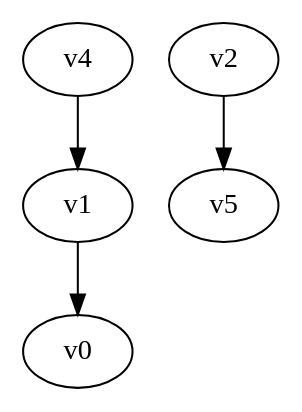
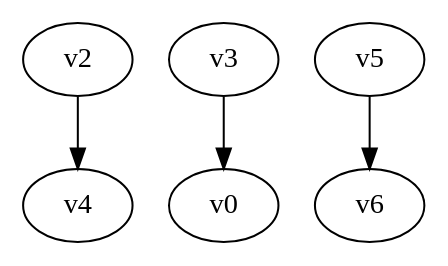
One commit to yadej/graph_project changed the diagram in digraph.dot. Above: the diagram before and after it, drawn with Graphviz. The commit also changed 4 other files, not shown here.

```diff
--- a/digraph.dot
+++ b/digraph.dot
@@ -1,5 +1,5 @@
 digraph G { 
-v1 -> v0;
-v2 -> v5;
-v4 -> v1;
+v2 -> v4;
+v3 -> v0;
+v5 -> v6;
 }
```
